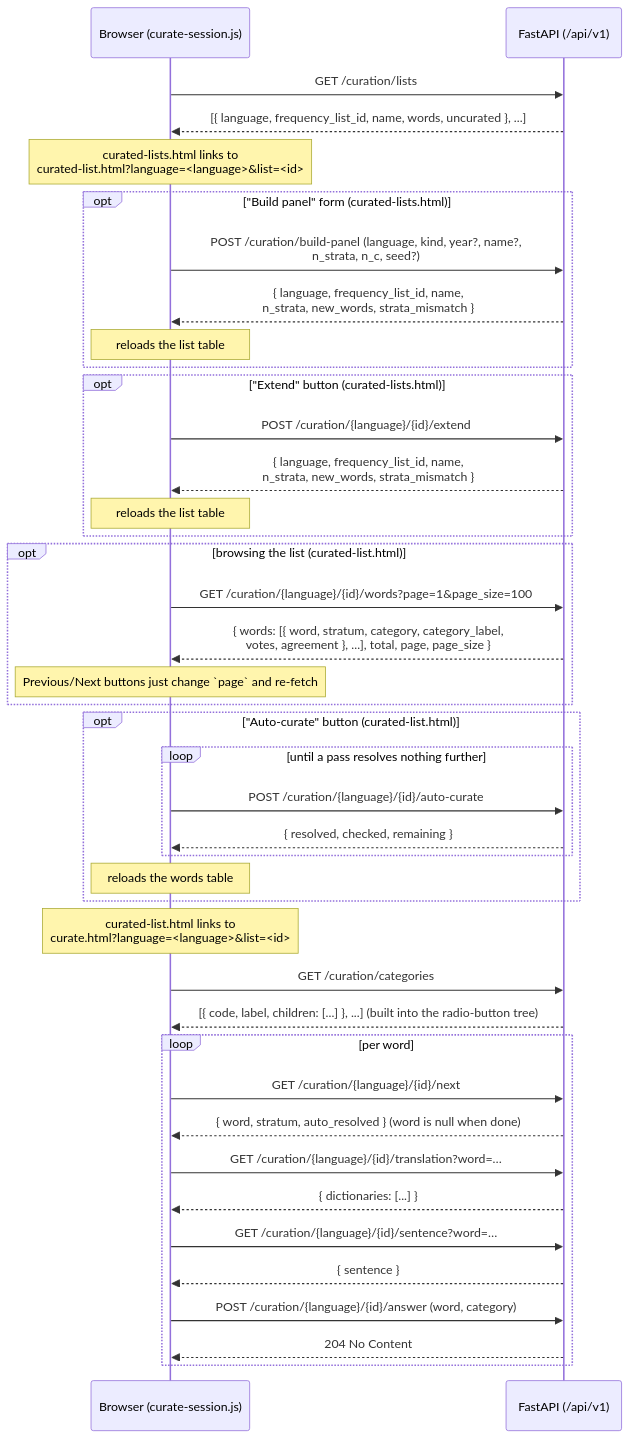
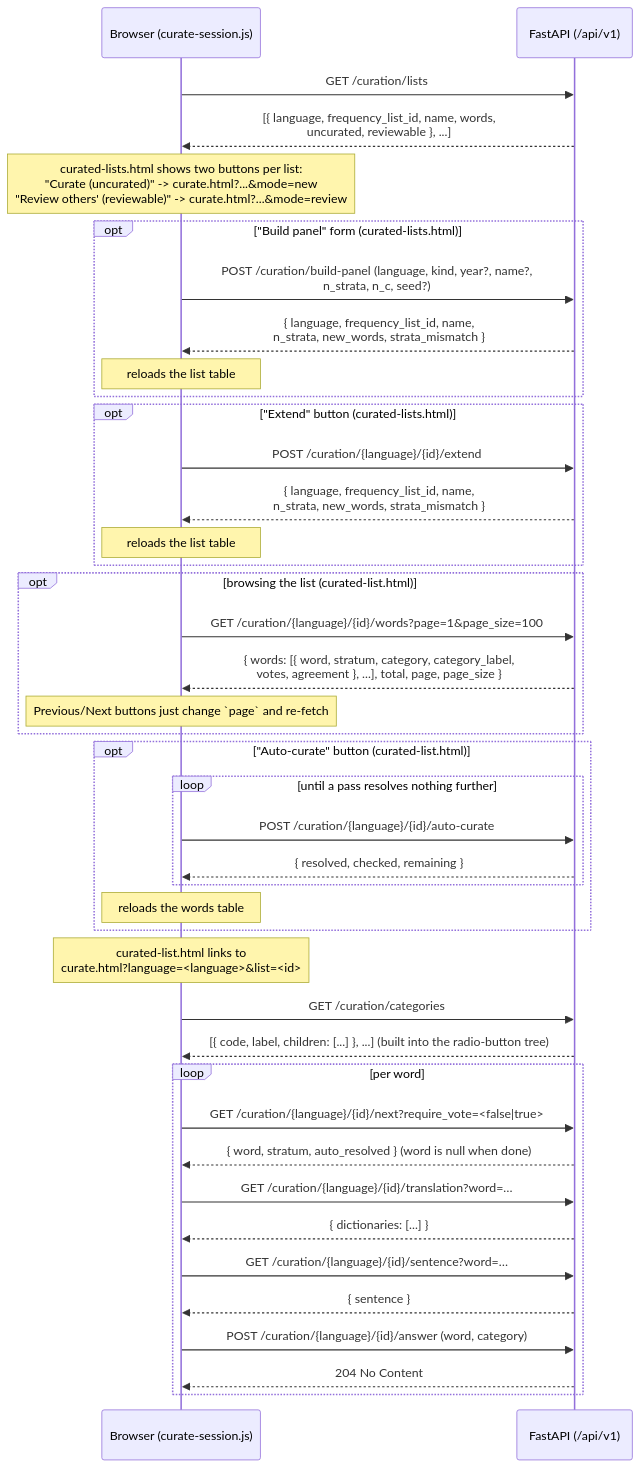
One commit to enzet/Emmio changed the third of 3 diagrams in web/README.md. Above: the diagram before and after it, drawn with Mermaid. The commit also changed other lines of this file and 5 other files, not shown here.

Commit message:
Support rechecking words curated by others

````diff
--- a/web/README.md
+++ b/web/README.md
@@ -205,50 +205,50 @@
 ```mermaid
 sequenceDiagram
     participant B as Browser (curate-session.js)
     participant A as FastAPI (/api/v1)
 
     B->>A: GET /curation/lists
-    A-->>B: [{ language, frequency_list_id, name, words, uncurated }, ...]
-    Note over B: curated-lists.html links to<br/>curated-list.html?language=<language>&list=<id>
+    A-->>B: [{ language, frequency_list_id, name, words,<br/>uncurated, reviewable }, ...]
+    Note over B: curated-lists.html shows two buttons per list:<br/>"Curate (uncurated)" -> curate.html?...&mode=new<br/>"Review others' (reviewable)" -> curate.html?...&mode=review
 
     opt "Build panel" form (curated-lists.html)
         B->>A: POST /curation/build-panel (language, kind, year?, name?,<br/>n_strata, n_c, seed?)
         A-->>B: { language, frequency_list_id, name,<br/>n_strata, new_words, strata_mismatch }
         Note over B: reloads the list table
     end
 
     opt "Extend" button (curated-lists.html)
         B->>A: POST /curation/{language}/{id}/extend
         A-->>B: { language, frequency_list_id, name,<br/>n_strata, new_words, strata_mismatch }
         Note over B: reloads the list table
     end
 
     opt browsing the list (curated-list.html)
         B->>A: GET /curation/{language}/{id}/words?page=1&page_size=100
         A-->>B: { words: [{ word, stratum, category, category_label,<br/>votes, agreement }, ...], total, page, page_size }
         Note over B: Previous/Next buttons just change `page` and re-fetch
     end
 
     opt "Auto-curate" button (curated-list.html)
         loop until a pass resolves nothing further
             B->>A: POST /curation/{language}/{id}/auto-curate
             A-->>B: { resolved, checked, remaining }
         end
         Note over B: reloads the words table
     end
 
     Note over B: curated-list.html links to<br/>curate.html?language=<language>&list=<id>
     B->>A: GET /curation/categories
     A-->>B: [{ code, label, children: [...] }, ...]  (built into the radio-button tree)
 
     loop per word
-        B->>A: GET /curation/{language}/{id}/next
+        B->>A: GET /curation/{language}/{id}/next?require_vote=<false|true>
         A-->>B: { word, stratum, auto_resolved }  (word is null when done)
         B->>A: GET /curation/{language}/{id}/translation?word=…
         A-->>B: { dictionaries: [...] }
         B->>A: GET /curation/{language}/{id}/sentence?word=…
         A-->>B: { sentence }
         B->>A: POST /curation/{language}/{id}/answer (word, category)
         A-->>B: 204 No Content
     end
 ```
````
